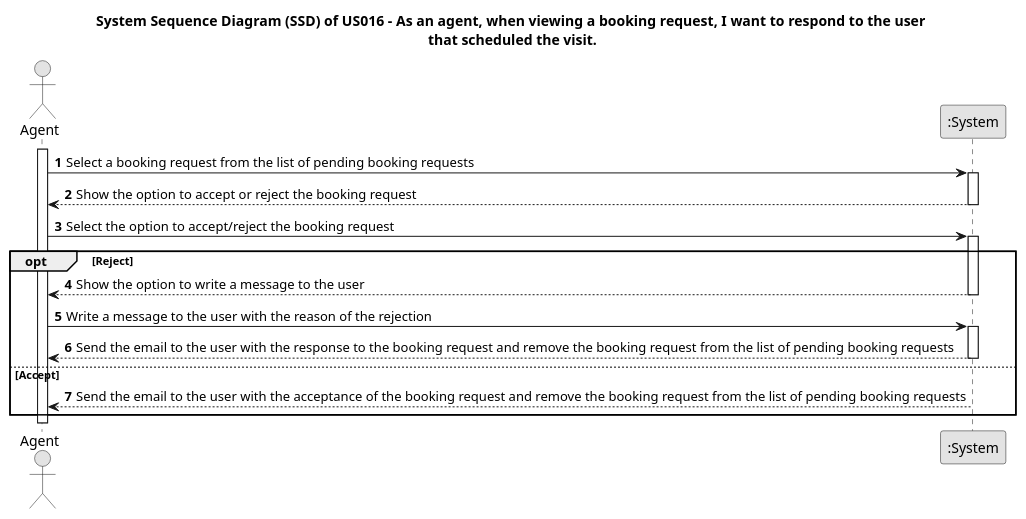
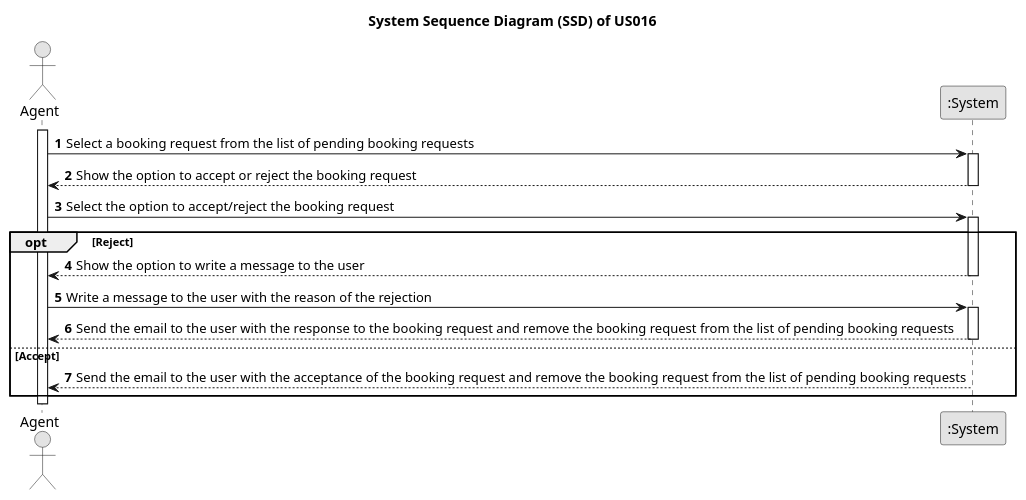
One commit to Goncalves2525/real-estate-management-system changed the diagram in docs/sprintD/us016/01.requirements-engineering/puml/us016-system-sequence-diagram.puml. Above: the diagram before and after it, drawn with PlantUML. The commit also changed 59 other files, not shown here.

```diff
--- a/docs/sprintD/us016/01.requirements-engineering/puml/us016-system-sequence-diagram.puml
+++ b/docs/sprintD/us016/01.requirements-engineering/puml/us016-system-sequence-diagram.puml
@@ -1,38 +1,38 @@
 @startuml
 skinparam monochrome true
 skinparam packageStyle rectangle
 skinparam shadowing false
 
-title System Sequence Diagram (SSD) of US016 - As an agent, when viewing a booking request, I want to respond to the user \nthat scheduled the visit.
+title System Sequence Diagram (SSD) of US016
 
 autonumber
 
 actor "Agent" as Agent
 participant ":System" as System
 
 activate Agent
 
     Agent -> System : Select a booking request from the list of pending booking requests
         activate System
 
         System --> Agent : Show the option to accept or reject the booking request
     deactivate System
 
     Agent -> System : Select the option to accept/reject the booking request
         activate System
 
     opt Reject
         System --> Agent : Show the option to write a message to the user
         deactivate System
 
         Agent -> System : Write a message to the user with the reason of the rejection
             activate System
 
             System --> Agent : Send the email to the user with the response to the booking request and remove the booking request from the list of pending booking requests
         deactivate System
     else Accept
         System --> Agent : Send the email to the user with the acceptance of the booking request and remove the booking request from the list of pending booking requests
         deactivate System
     end
 
 @enduml
```
